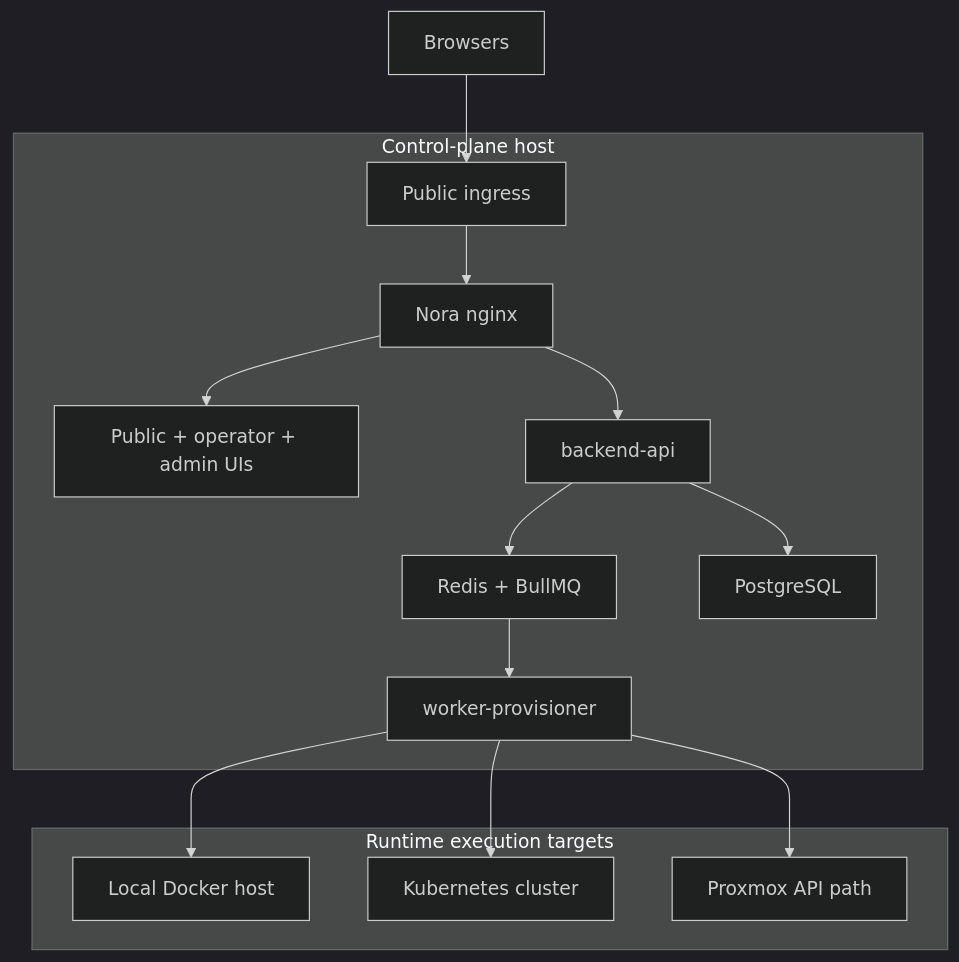
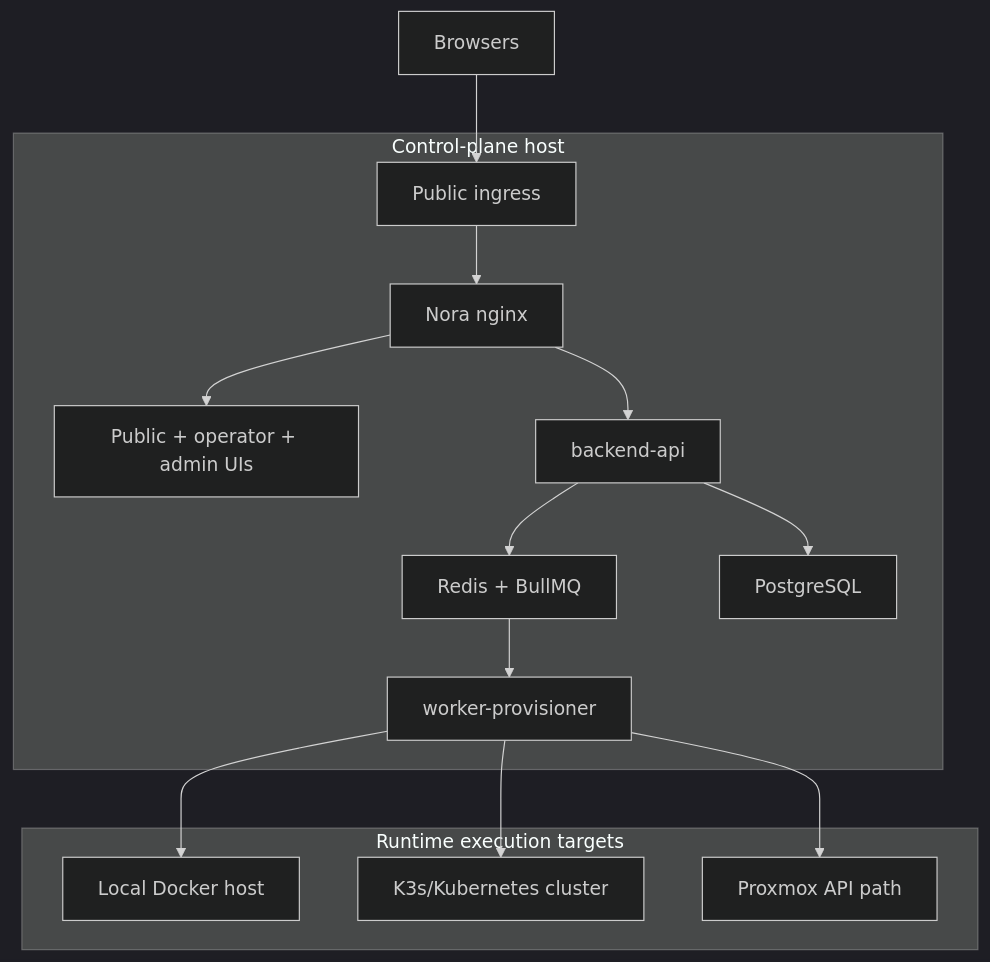
One commit to mrn55/nora changed the fourth of 4 diagrams in architecture.md. Above: the diagram before and after it, drawn with Mermaid (dark theme). The commit also changed other lines of this file and 13 other files, not shown here.

````diff
--- a/architecture.md
+++ b/architecture.md
@@ -216,23 +216,23 @@
 ```mermaid
 flowchart TB
     Browser["Browsers"] --> Ingress["Public ingress"]
 
     subgraph ControlPlaneHost["Control-plane host"]
         Ingress --> Nginx["Nora nginx"]
         Nginx --> Frontends["Public + operator + admin UIs"]
         Nginx --> API["backend-api"]
         API --> Redis["Redis + BullMQ"]
         API --> Postgres["PostgreSQL"]
         Redis --> Worker["worker-provisioner"]
     end
 
     subgraph ExecutionTargets["Runtime execution targets"]
         Docker["Local Docker host"]
-        K8s["Kubernetes cluster"]
+        K8s["K3s/Kubernetes cluster"]
         Proxmox["Proxmox API path"]
     end
 
     Worker --> Docker
     Worker --> K8s
     Worker --> Proxmox
 ```
````
